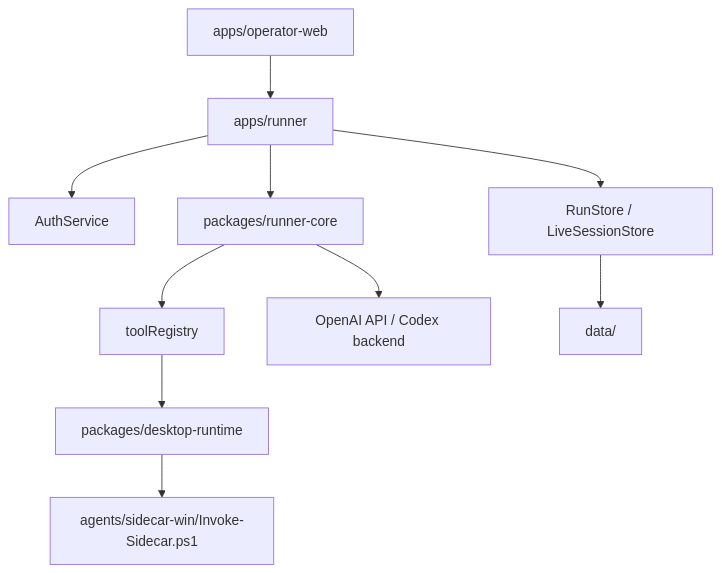
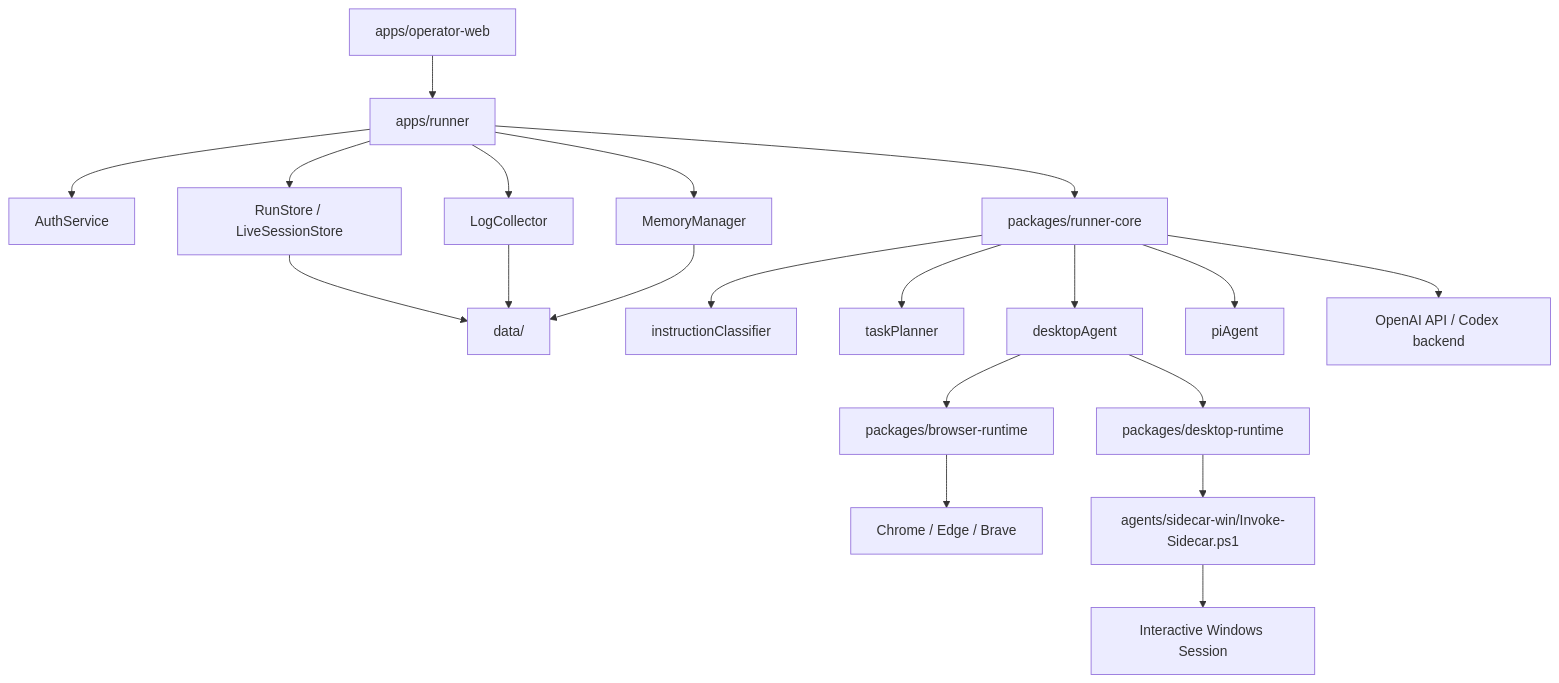
The first of 2 diagrams in docs/architecture.md (Charlo-O/Novaper), drawn with Mermaid before and after one commit. The commit also changed other lines of this file and 11 other files, not shown here.

Commit message:
feat: add browser runtime and refresh docs

````diff
--- a/docs/architecture.md
+++ b/docs/architecture.md
@@ -5,12 +5,22 @@
 ```mermaid
 flowchart TD
-  UI["apps/operator-web"] --> API["apps/runner"]
-  API --> Auth["AuthService"]
-  API --> Store["RunStore / LiveSessionStore"]
-  API --> Agent["packages/runner-core"]
-  Agent --> Tools["toolRegistry"]
-  Tools --> Sidecar["packages/desktop-runtime"]
-  Sidecar --> PS["agents/sidecar-win/Invoke-Sidecar.ps1"]
-  Agent --> Models["OpenAI API / Codex backend"]
-  Store --> Disk["data/"]
+  Web["apps/operator-web"] --> Runner["apps/runner"]
+  Runner --> Auth["AuthService"]
+  Runner --> Stores["RunStore / LiveSessionStore"]
+  Runner --> Logs["LogCollector"]
+  Runner --> Memory["MemoryManager"]
+  Runner --> Core["packages/runner-core"]
+  Core --> Router["instructionClassifier"]
+  Core --> Planner["taskPlanner"]
+  Core --> DesktopLoop["desktopAgent"]
+  Core --> CliLoop["piAgent"]
+  DesktopLoop --> Browser["packages/browser-runtime"]
+  DesktopLoop --> Desktop["packages/desktop-runtime"]
+  Desktop --> Sidecar["agents/sidecar-win/Invoke-Sidecar.ps1"]
+  Browser --> Chromium["Chrome / Edge / Brave"]
+  Sidecar --> Windows["Interactive Windows Session"]
+  Stores --> Data["data/"]
+  Memory --> Data
+  Logs --> Data
+  Core --> Models["OpenAI API / Codex backend"]
 ```
````
